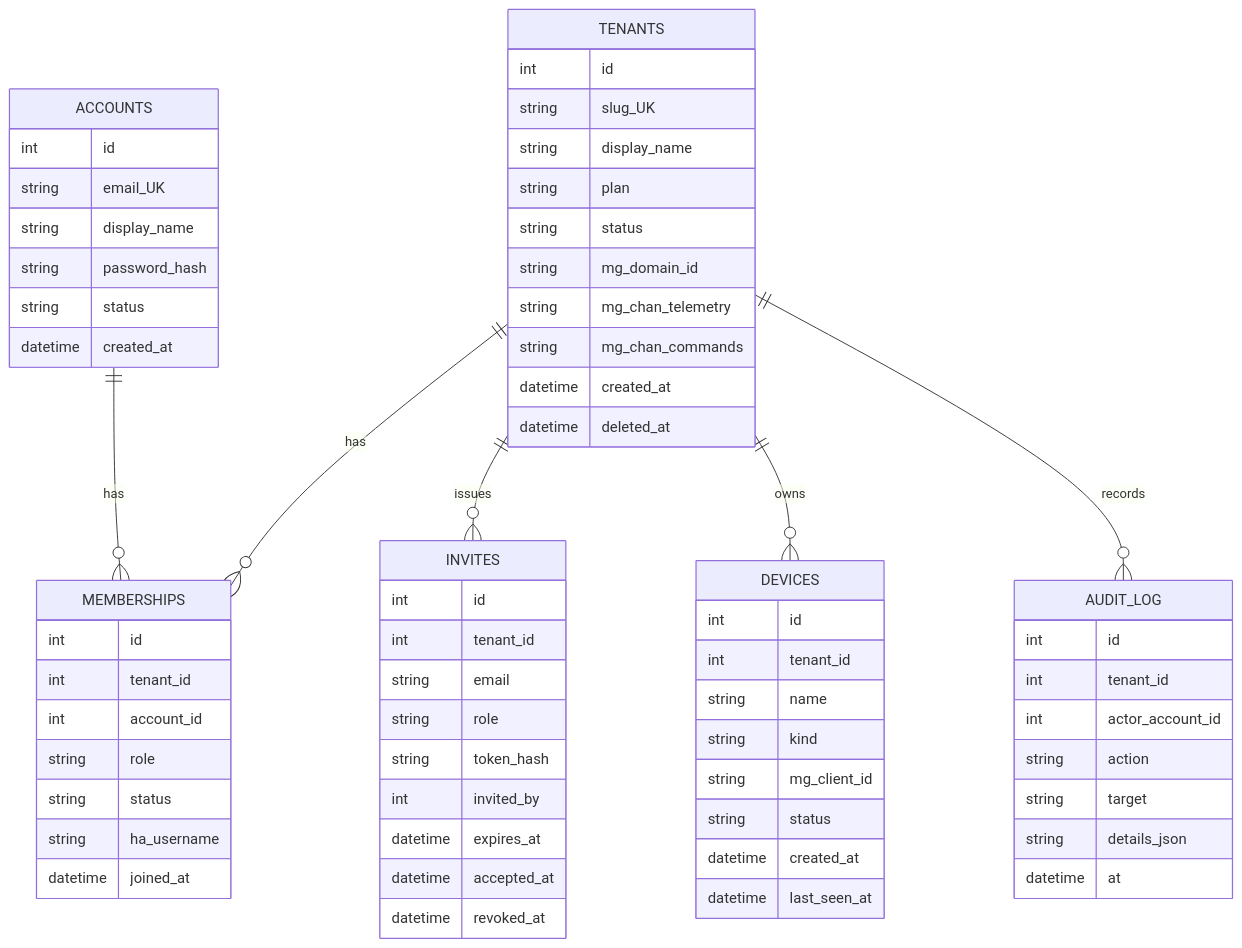
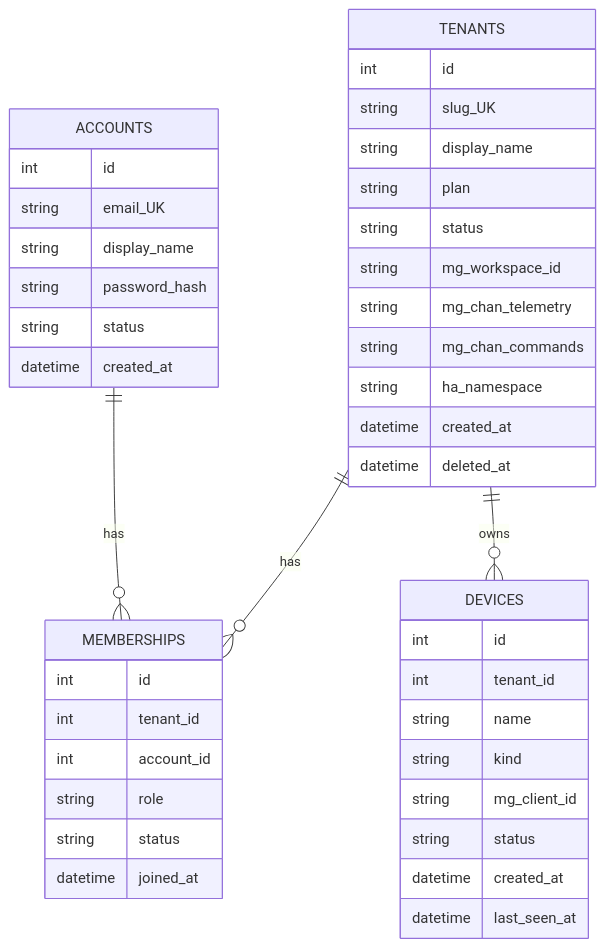
One commit to ShreyashV38/The-SIFT changed the second of 2 diagrams in docs/HOW_IT_WORKS.md. Above: the diagram before and after it, drawn with Mermaid. The commit also changed other lines of this file and 44 other files, not shown here.

Commit message:
feat: complete implementation of BRD v3.1 features (FR-01 to FR-15) with provisioning-api, tb-bridge, ha-tenant chart, simulator, and test suite

````diff
--- a/docs/HOW_IT_WORKS.md
+++ b/docs/HOW_IT_WORKS.md
@@ -141,14 +188,10 @@
 ```mermaid
 erDiagram
   ACCOUNTS ||--o{ MEMBERSHIPS : has
   TENANTS ||--o{ MEMBERSHIPS : has
-  TENANTS ||--o{ INVITES : issues
   TENANTS ||--o{ DEVICES : owns
-  TENANTS ||--o{ AUDIT_LOG : records
   ACCOUNTS { int id string email_UK string display_name string password_hash string status datetime created_at }
-  TENANTS { int id string slug_UK string display_name string plan string status string mg_domain_id string mg_chan_telemetry string mg_chan_commands datetime created_at datetime deleted_at }
-  MEMBERSHIPS { int id int tenant_id int account_id string role string status string ha_username datetime joined_at }
-  INVITES { int id int tenant_id string email string role string token_hash int invited_by datetime expires_at datetime accepted_at datetime revoked_at }
+  TENANTS { int id string slug_UK string display_name string plan string status string mg_workspace_id string mg_chan_telemetry string mg_chan_commands string ha_namespace datetime created_at datetime deleted_at }
+  MEMBERSHIPS { int id int tenant_id int account_id string role string status datetime joined_at }
   DEVICES { int id int tenant_id string name string kind string mg_client_id string status datetime created_at datetime last_seen_at }
-  AUDIT_LOG { int id int tenant_id int actor_account_id string action string target string details_json datetime at }
 ```
````
